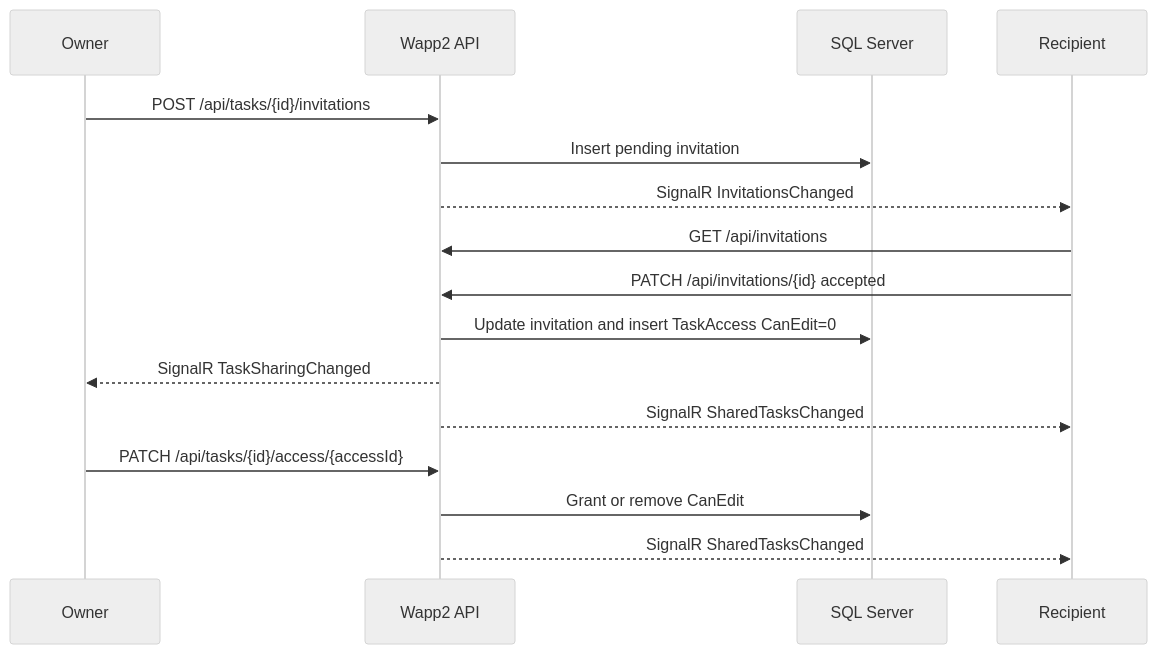
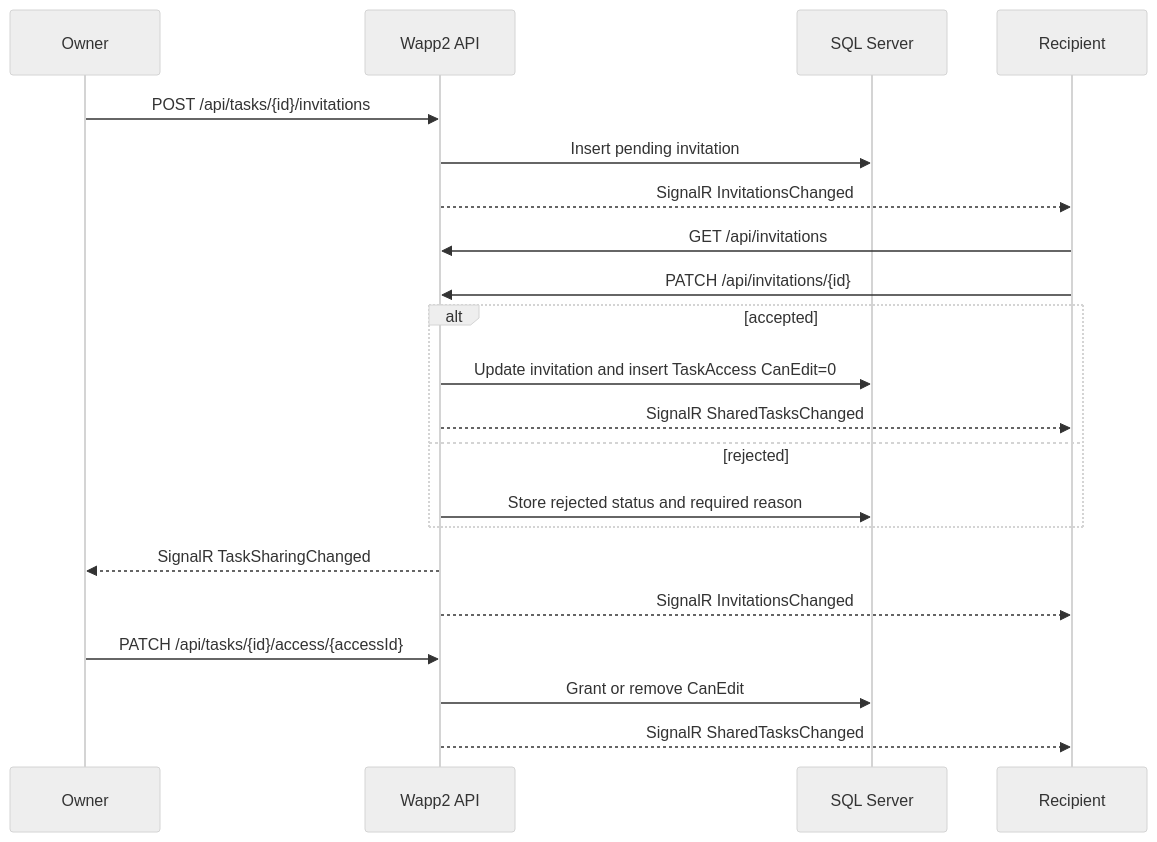
Before and after one commit to Angel-cuba/website-net-react: the second of 3 diagrams in docs/PROJECT_GUIDE.md, drawn with Mermaid (neutral theme). The commit also changed other lines of this file and 33 other files, not shown here.

````diff
--- a/docs/PROJECT_GUIDE.md
+++ b/docs/PROJECT_GUIDE.md
@@ -278,19 +280,24 @@
 ```mermaid
 sequenceDiagram
     participant O as Owner
     participant API as Wapp2 API
     participant DB as SQL Server
     participant R as Recipient
 
     O->>API: POST /api/tasks/{id}/invitations
     API->>DB: Insert pending invitation
     API-->>R: SignalR InvitationsChanged
     R->>API: GET /api/invitations
-    R->>API: PATCH /api/invitations/{id} accepted
-    API->>DB: Update invitation and insert TaskAccess CanEdit=0
+    R->>API: PATCH /api/invitations/{id}
+    alt accepted
+        API->>DB: Update invitation and insert TaskAccess CanEdit=0
+        API-->>R: SignalR SharedTasksChanged
+    else rejected
+        API->>DB: Store rejected status and required reason
+    end
     API-->>O: SignalR TaskSharingChanged
-    API-->>R: SignalR SharedTasksChanged
+    API-->>R: SignalR InvitationsChanged
     O->>API: PATCH /api/tasks/{id}/access/{accessId}
     API->>DB: Grant or remove CanEdit
     API-->>R: SignalR SharedTasksChanged
 ```
````
